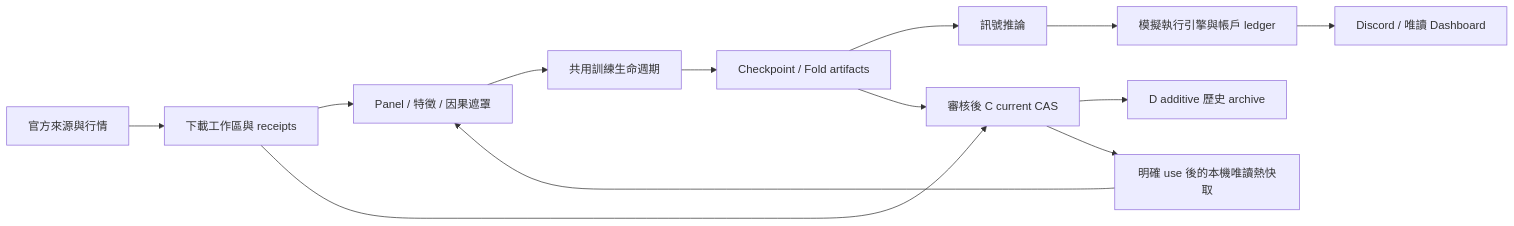
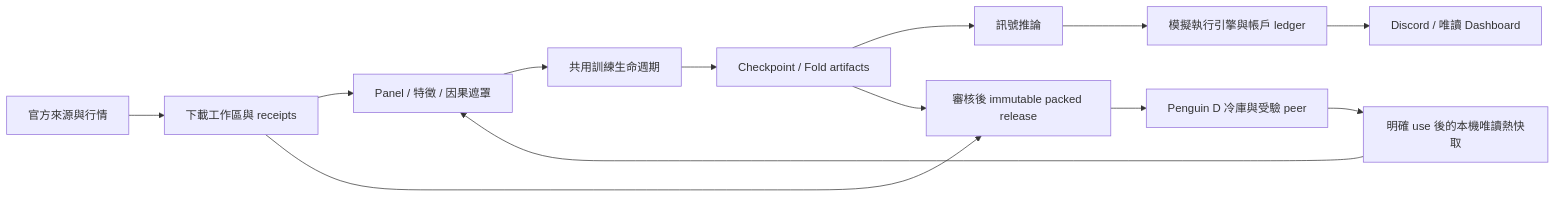
The diagram in docs/project_architecture.md (penguin72487/stockAgent), drawn with Mermaid before and after one commit. The commit also changed other lines of this file and 556 other files, not shown here.

````diff
--- a/docs/project_architecture.md
+++ b/docs/project_architecture.md
@@ -18,15 +18,15 @@
 ```mermaid
 flowchart LR
   S[官方來源與行情] --> D[下載工作區與 receipts]
   D --> P[Panel / 特徵 / 因果遮罩]
   P --> T[共用訓練生命週期]
   T --> M[Checkpoint / Fold artifacts]
   M --> I[訊號推論]
   I --> E[模擬執行引擎與帳戶 ledger]
   E --> U[Discord / 唯讀 Dashboard]
-  D --> C[審核後 C current CAS]
+  D --> C[審核後 immutable packed release]
   M --> C
-  C --> A[D additive 歷史 archive]
-  C --> H[明確 use 後的本機唯讀熱快取]
+  C --> A[Penguin D 冷庫與受驗 peer]
+  A --> H[明確 use 後的本機唯讀熱快取]
   H --> P
 ```
````
